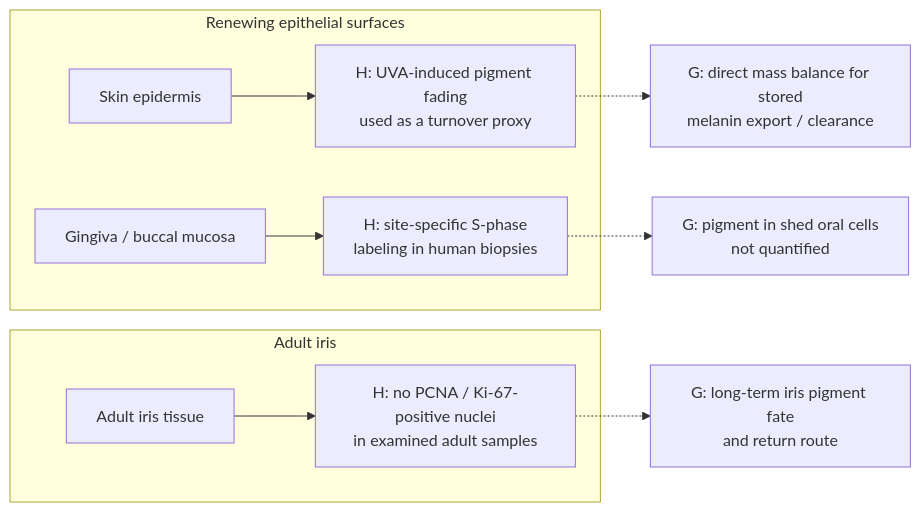
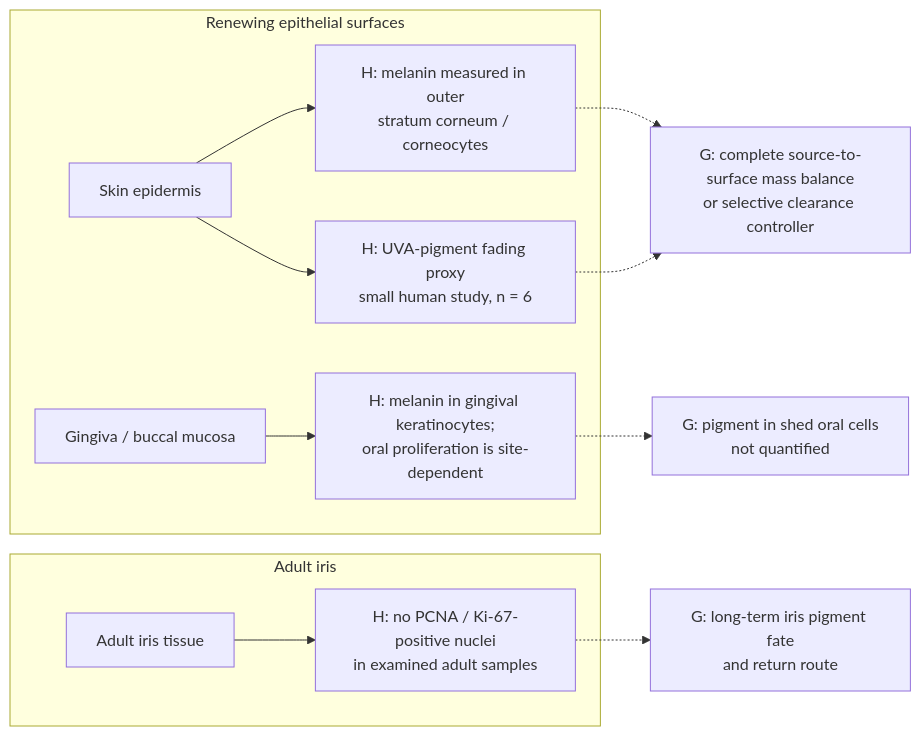
Before and after one commit to dylanstechmann/iris-color-without-contacts: the second of 12 diagrams in research/tissue-pigment-atlas.md, drawn with Mermaid. The commit also changed other lines of this file, not shown here.

Commit message:
Refine surface pigment export evidence

````diff
--- a/research/tissue-pigment-atlas.md
+++ b/research/tissue-pigment-atlas.md
@@ -65,13 +65,15 @@
 ```mermaid
 flowchart LR
     subgraph surfaces["Renewing epithelial surfaces"]
-        Skin["Skin epidermis"] --> SkinEvidence["H: UVA-induced pigment fading<br/>used as a turnover proxy"]
-        Oral["Gingiva / buccal mucosa"] --> OralEvidence["H: site-specific S-phase<br/>labeling in human biopsies"]
+        Skin["Skin epidermis"] --> SkinEvidence["H: melanin measured in outer<br/>stratum corneum / corneocytes"]
+        Skin --> SkinProxy["H: UVA-pigment fading proxy<br/>small human study, n = 6"]
+        Oral["Gingiva / buccal mucosa"] --> OralEvidence["H: melanin in gingival keratinocytes;<br/>oral proliferation is site-dependent"]
     end
     subgraph iris["Adult iris"]
         Iris["Adult iris tissue"] --> IrisEvidence["H: no PCNA / Ki-67-positive nuclei<br/>in examined adult samples"]
     end
-    SkinEvidence -.-> SkinGap["G: direct mass balance for stored<br/>melanin export / clearance"]
+    SkinEvidence -.-> SkinGap
+    SkinProxy -.-> SkinGap["G: complete source-to-surface mass balance<br/>or selective clearance controller"]
     OralEvidence -.-> OralGap["G: pigment in shed oral cells<br/>not quantified"]
     IrisEvidence -.-> IrisGap["G: long-term iris pigment fate<br/>and return route"]
 ```
````
